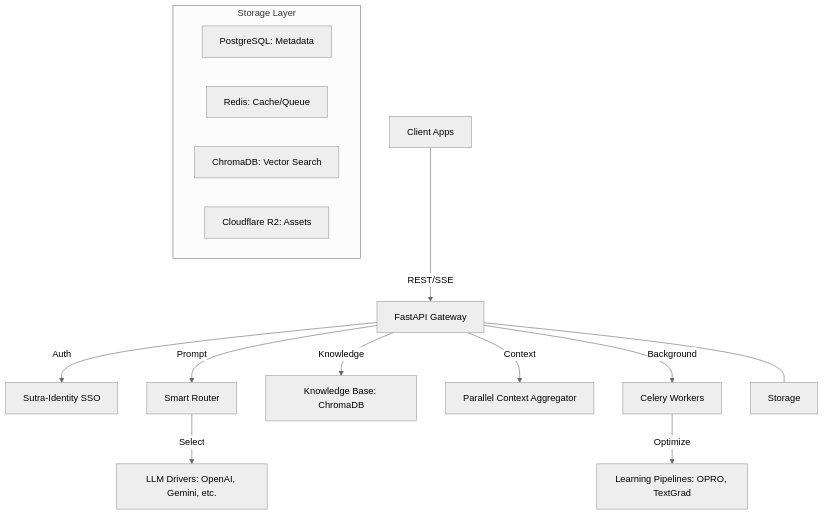
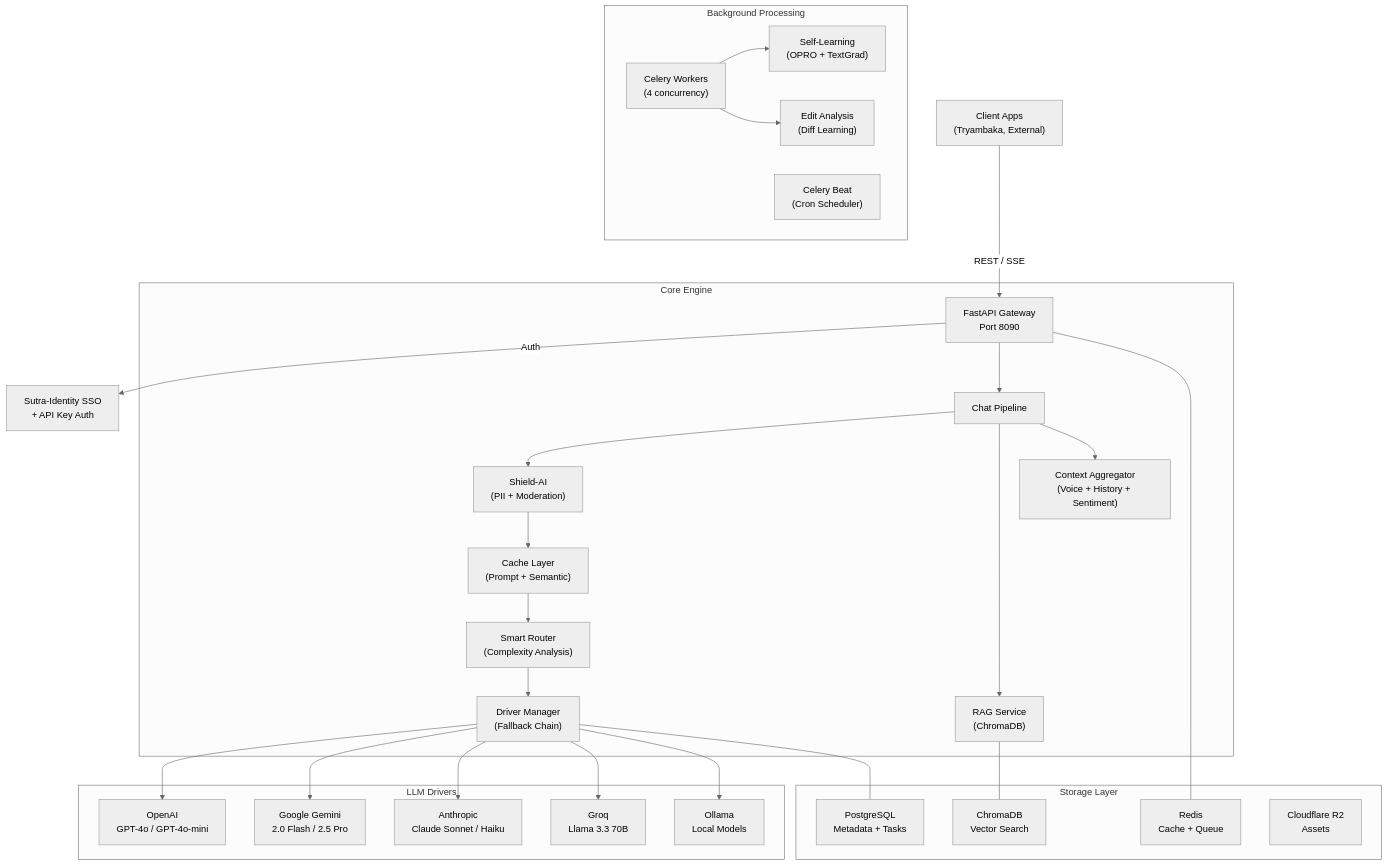
The first of 6 diagrams in docs/developer_docs.md (sutracodehq-ui/sutra-ai-engine), drawn with Mermaid (neutral theme) before and after one commit. The commit also changed other lines of this file and 13 other files, not shown here.

Commit message:
feat: Add Brand Auditor and Content Repurposer agents, refactor BaseAgent initialization, introduce Click Shield design documentation, and add a voice profile service.

````diff
--- a/docs/developer_docs.md
+++ b/docs/developer_docs.md
@@ -11,20 +40,41 @@
 ```mermaid
 graph TD
-    Client[Client Apps] -->|REST/SSE| API[FastAPI Gateway]
-    API -->|Auth| Identity[Sutra-Identity SSO]
-    API -->|Prompt| Router[Smart Router]
-    Router -->|Select| Models[LLM Drivers: OpenAI, Gemini, etc.]
-    API -->|Knowledge| RAG[Knowledge Base: ChromaDB]
-    API -->|Context| Aggregator[Parallel Context Aggregator]
-    API -->|Background| Workers[Celery Workers]
-    Workers -->|Optimize| Learning[Learning Pipelines: OPRO, TextGrad]
+    Client["Client Apps<br/>(Tryambaka, External)"] -->|REST / SSE| API["FastAPI Gateway<br/>Port 8090"]
+    API -->|Auth| Identity["Sutra-Identity SSO<br/>+ API Key Auth"]
+    
+    subgraph "Core Engine"
+        API --> Pipeline["Chat Pipeline"]
+        Pipeline --> Safety["Shield-AI<br/>(PII + Moderation)"]
+        Safety --> Cache["Cache Layer<br/>(Prompt + Semantic)"]
+        Cache --> Router["Smart Router<br/>(Complexity Analysis)"]
+        Router --> Drivers["Driver Manager<br/>(Fallback Chain)"]
+        Pipeline --> RAG["RAG Service<br/>(ChromaDB)"]
+        Pipeline --> Aggregator["Context Aggregator<br/>(Voice + History + Sentiment)"]
+    end
+    
+    subgraph "LLM Drivers"
+        Drivers --> OpenAI["OpenAI<br/>GPT-4o / GPT-4o-mini"]
+        Drivers --> Gemini["Google Gemini<br/>2.0 Flash / 2.5 Pro"]
+        Drivers --> Anthropic["Anthropic<br/>Claude Sonnet / Haiku"]
+        Drivers --> Groq["Groq<br/>Llama 3.3 70B"]
+        Drivers --> Ollama["Ollama<br/>Local Models"]
+    end
     
     subgraph "Storage Layer"
-        Postgres[PostgreSQL: Metadata]
-        Redis[Redis: Cache/Queue]
-        Chroma[ChromaDB: Vector Search]
-        R2[Cloudflare R2: Assets]
+        Postgres["PostgreSQL<br/>Metadata + Tasks"]
+        Redis["Redis<br/>Cache + Queue"]
+        Chroma["ChromaDB<br/>Vector Search"]
+        R2["Cloudflare R2<br/>Assets"]
     end
     
-    API --- Storage
+    subgraph "Background Processing"
+        Workers["Celery Workers<br/>(4 concurrency)"]
+        Beat["Celery Beat<br/>(Cron Scheduler)"]
+        Workers --> Learning["Self-Learning<br/>(OPRO + TextGrad)"]
+        Workers --> EditDiff["Edit Analysis<br/>(Diff Learning)"]
+    end
+    
+    Drivers --- Postgres
+    API --- Redis
+    RAG --- Chroma
 ```
````
